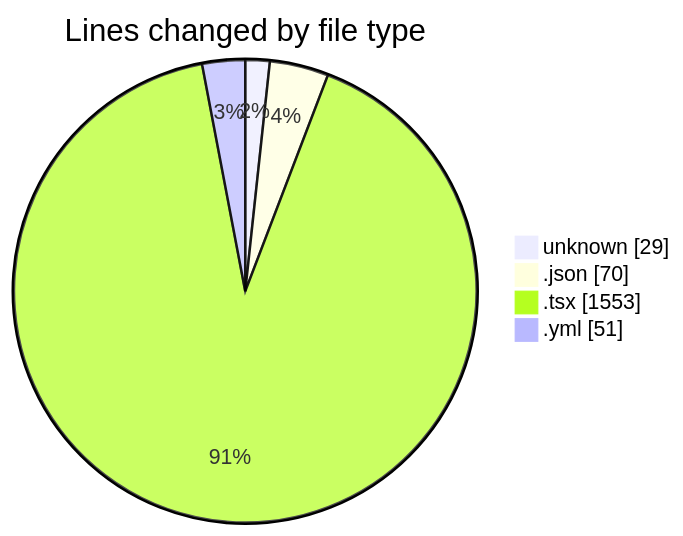
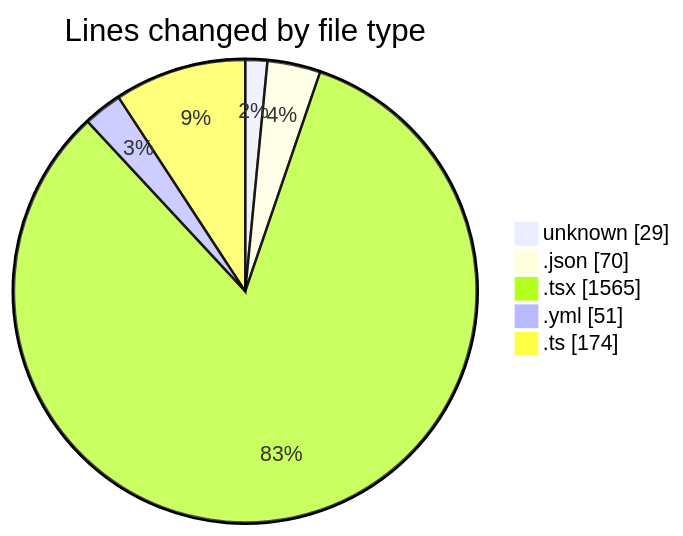
One commit to robertbonfada/code-tracking changed the first of 2 diagrams in 2025-01-14/mbc-web/README.md. Above: the diagram before and after it, drawn with Mermaid. The commit also changed other lines of this file and 1 other file, not shown here.

````diff
--- a/2025-01-14/mbc-web/README.md
+++ b/2025-01-14/mbc-web/README.md
@@ -36,8 +37,9 @@
 ```mermaid
 pie showData
 title Lines changed by file type
 "unknown" : 29
 ".json" : 70
-".tsx" : 1553
+".tsx" : 1565
 ".yml" : 51
+".ts" : 174
 ```
````
